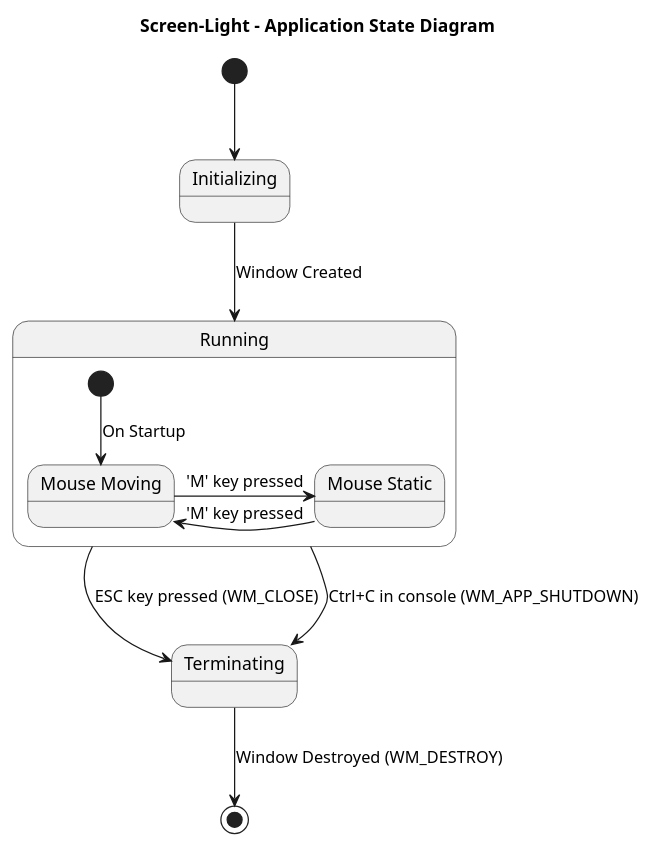
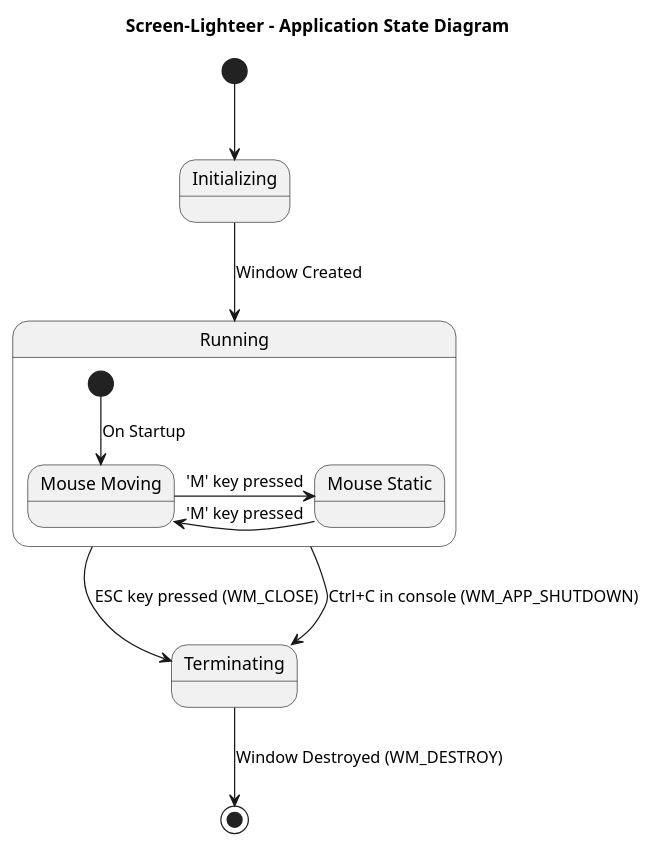
The diagram in diagrams/state_main.plantuml (CosmicDNA/screen-light), drawn with PlantUML before and after one commit. The commit also changed 21 other files, not shown here.

Commit message:
:art: rebrand to Screen Lighteer.

```diff
--- a/diagrams/state_main.plantuml
+++ b/diagrams/state_main.plantuml
@@ -1,21 +1,21 @@
 @startuml
-title Screen-Light - Application State Diagram
+title Screen-Lighteer - Application State Diagram
 
 state "Running" as Running {
     state "Mouse Moving" as Moving
     state "Mouse Static" as Static
 
     [*] --> Moving: On Startup
     Moving -> Static: 'M' key pressed
     Static -> Moving: 'M' key pressed
 }
 
 [*] --> Initializing
 Initializing --> Running: Window Created
 
 Running --> Terminating: ESC key pressed (WM_CLOSE)
 Running --> Terminating: Ctrl+C in console (WM_APP_SHUTDOWN)
 
 Terminating --> [*]: Window Destroyed (WM_DESTROY)
 
 @enduml
```
